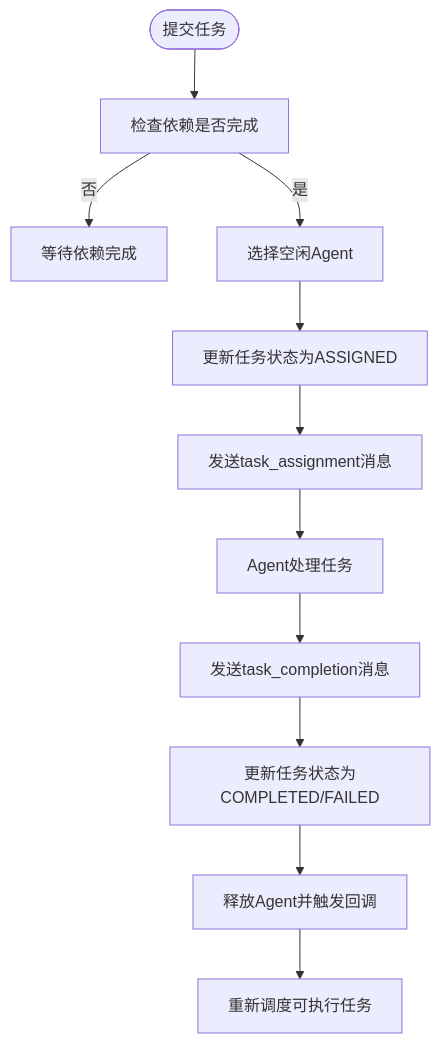
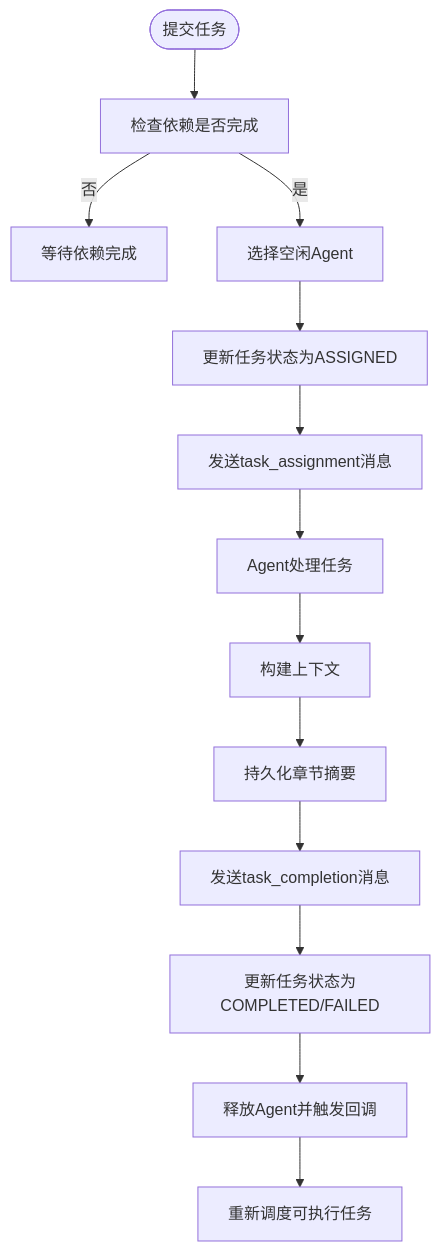
Before and after one commit to xfbyxq/ai-novel-system: the sixth of 9 diagrams in .qoder/repowiki/zh/content/AI智能体系统/智能体通信机制.md, drawn with Mermaid. The commit also changed other lines of this file and 38 other files, not shown here.

````diff
--- a/.qoder/repowiki/zh/content/AI智能体系统/智能体通信机制.md
+++ b/.qoder/repowiki/zh/content/AI智能体系统/智能体通信机制.md
@@ -242,13 +441,15 @@
 ```mermaid
 flowchart TD
 Start(["提交任务"]) --> CheckDeps["检查依赖是否完成"]
 CheckDeps --> |否| Wait["等待依赖完成"]
 CheckDeps --> |是| PickAgent["选择空闲Agent"]
 PickAgent --> Assign["更新任务状态为ASSIGNED"]
 Assign --> SendMsg["发送task_assignment消息"]
 SendMsg --> AgentProc["Agent处理任务"]
-AgentProc --> Complete["发送task_completion消息"]
+AgentProc --> BuildContext["构建上下文"]
+BuildContext --> SaveMemory["持久化章节摘要"]
+SaveMemory --> Complete["发送task_completion消息"]
 Complete --> Update["更新任务状态为COMPLETED/FAILED"]
 Update --> Release["释放Agent并触发回调"]
 Release --> Schedule["重新调度可执行任务"]
 ```
````
